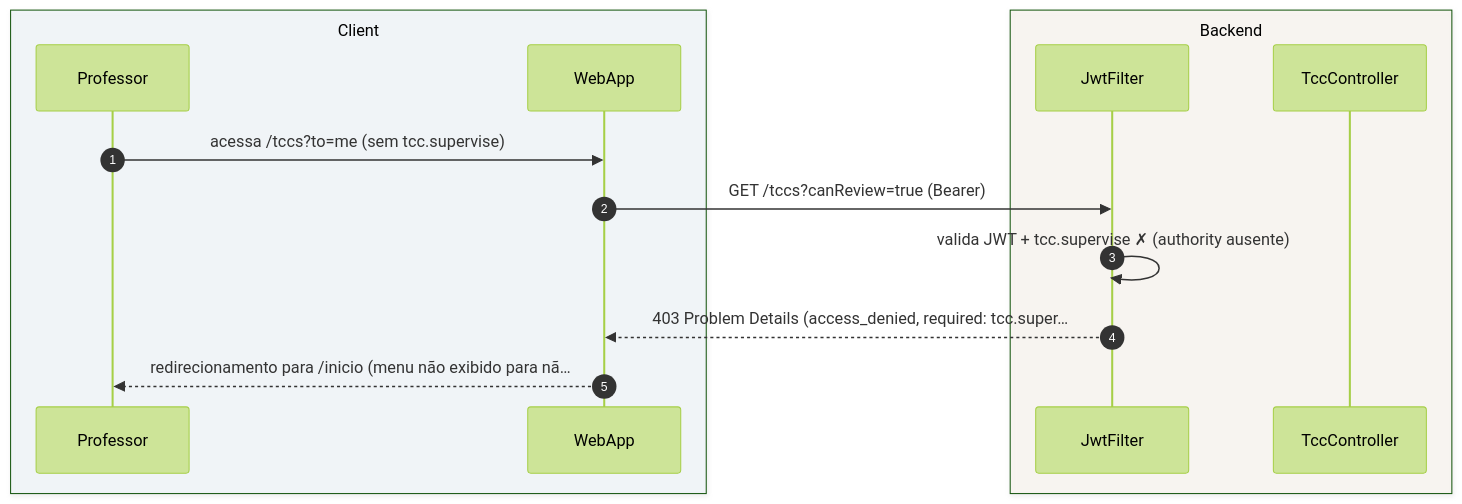
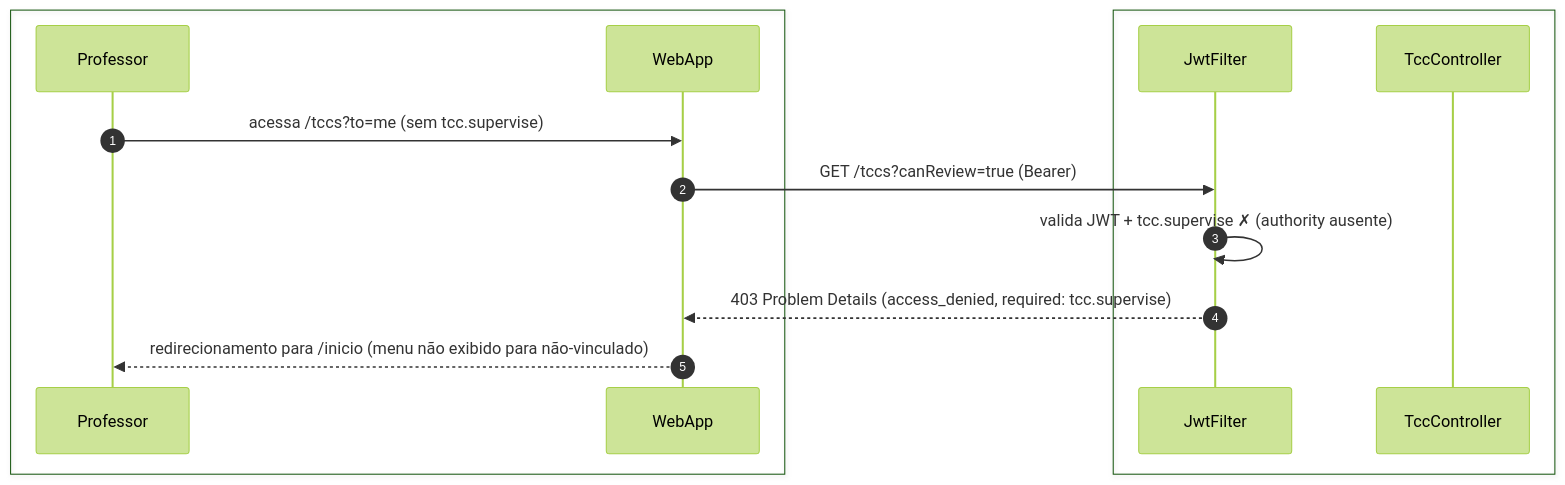
Before and after one commit to umishell/secretariaOnline2: the fourth of 4 diagrams in foundationDocs/sequenceDiagrams/F3 — Professor/US-F3-006-TCC-ORIENTACAO.md, drawn with Mermaid (forest theme). The commit also changed other lines of this file and 70 other files, not shown here.

First line of the commit message:
Enhance database documentation and introduce new schema files

````diff
--- a/foundationDocs/sequenceDiagrams/F3 — Professor/US-F3-006-TCC-ORIENTACAO.md
+++ b/foundationDocs/sequenceDiagrams/F3 — Professor/US-F3-006-TCC-ORIENTACAO.md
@@ -172,18 +172,18 @@
 ```mermaid
 sequenceDiagram
     autonumber
-    box rgba(230,245,255,0.3) Client
+    box #e8f4fc Cliente
         participant Professor
         participant WebApp
     end
-    box rgba(255,245,230,0.3) Backend
+    box #fff8ee Servidor
         participant JwtFilter
         participant TccController
     end
 
     Professor->>WebApp: acessa /tccs?to=me (sem tcc.supervise)
     WebApp->>JwtFilter: GET /tccs?canReview=true (Bearer)
     JwtFilter->>JwtFilter: valida JWT + tcc.supervise ✗ (authority ausente)
-    JwtFilter-->>WebApp: 403 Problem Details (access_denied, required: tcc.super…
-    WebApp-->>Professor: redirecionamento para /inicio (menu não exibido para nã…
+    JwtFilter-->>WebApp: 403 Problem Details (access_denied, required: tcc.supervise)
+    WebApp-->>Professor: redirecionamento para /inicio (menu não exibido para não-vinculado)
 ```
````
